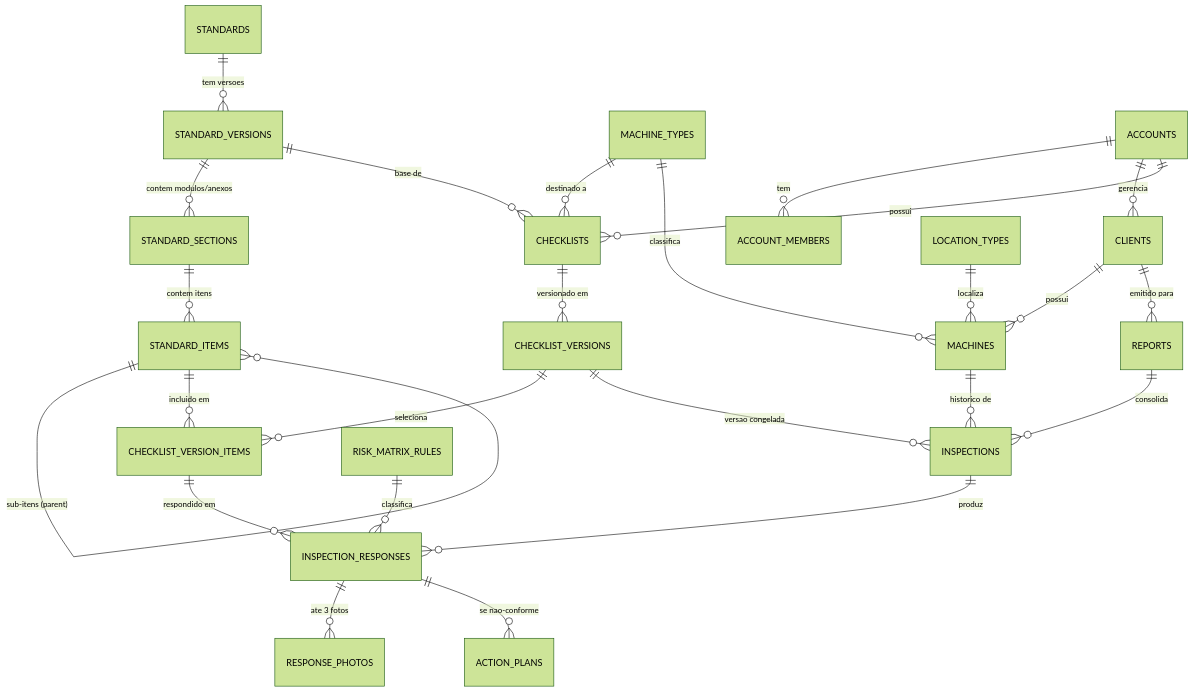
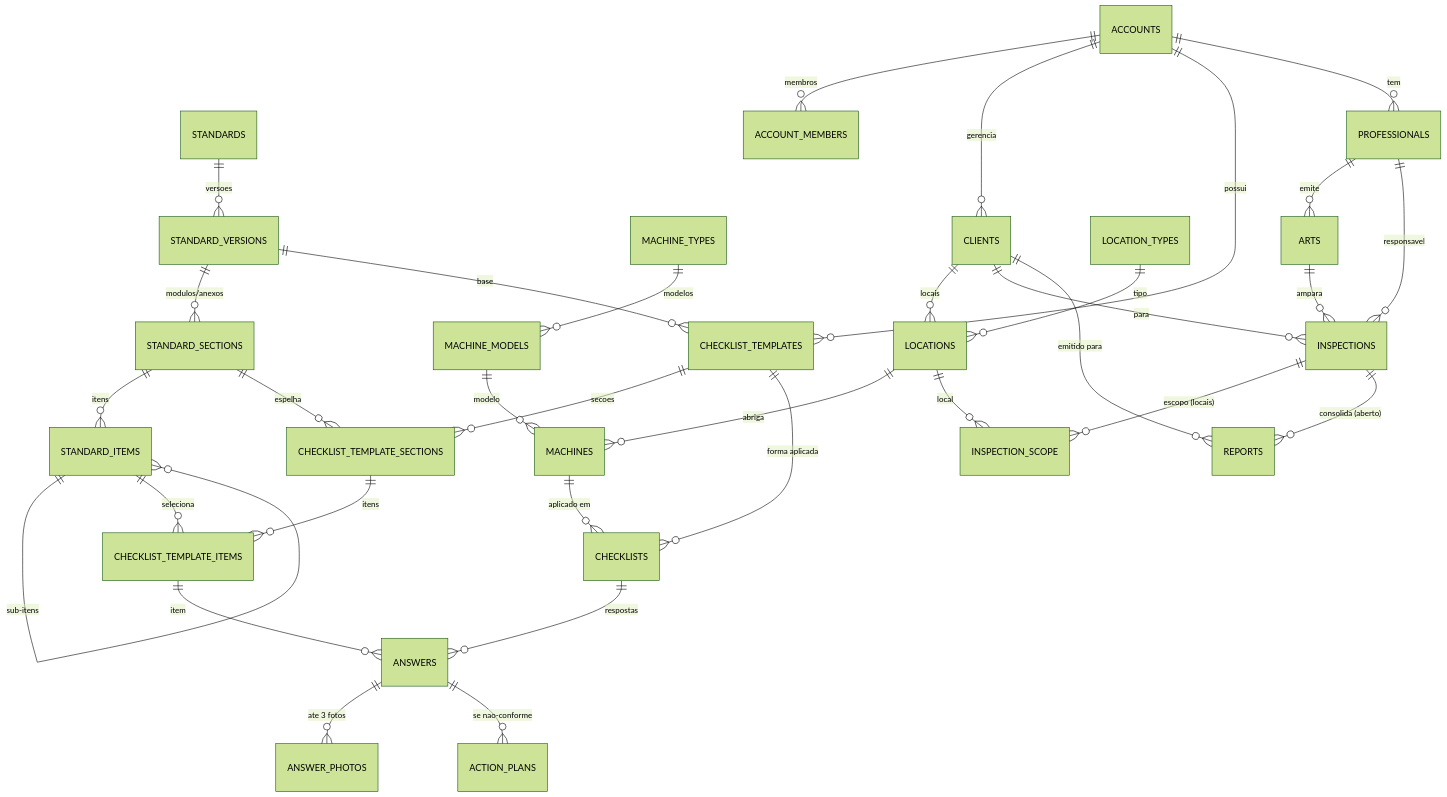
The diagram in docs/database/02-data-model.md (Salgadosandro/nr12-saas), drawn with Mermaid (forest theme) before and after one commit. The commit also changed other lines of this file and 8 other files, not shown here.

First line of the commit message:
Sync all docs to the base v1 schema

````diff
--- a/docs/database/02-data-model.md
+++ b/docs/database/02-data-model.md
@@ -74,31 +32,40 @@
 ```mermaid
 erDiagram
-    STANDARDS ||--o{ STANDARD_VERSIONS : "tem versoes"
-    STANDARD_VERSIONS ||--o{ STANDARD_SECTIONS : "contem modulos/anexos"
-    STANDARD_SECTIONS ||--o{ STANDARD_ITEMS : "contem itens"
-    STANDARD_ITEMS ||--o{ STANDARD_ITEMS : "sub-itens (parent)"
+    STANDARDS ||--o{ STANDARD_VERSIONS : "versoes"
+    STANDARD_VERSIONS ||--o{ STANDARD_SECTIONS : "modulos/anexos"
+    STANDARD_SECTIONS ||--o{ STANDARD_ITEMS : "itens"
+    STANDARD_ITEMS ||--o{ STANDARD_ITEMS : "sub-itens"
 
-    STANDARD_VERSIONS ||--o{ CHECKLISTS : "base de"
-    CHECKLISTS ||--o{ CHECKLIST_VERSIONS : "versionado em"
-    CHECKLIST_VERSIONS ||--o{ CHECKLIST_VERSION_ITEMS : "seleciona"
-    STANDARD_ITEMS ||--o{ CHECKLIST_VERSION_ITEMS : "incluido em"
-    MACHINE_TYPES ||--o{ CHECKLISTS : "destinado a"
+    MACHINE_TYPES ||--o{ MACHINE_MODELS : "modelos"
 
-    ACCOUNTS ||--o{ ACCOUNT_MEMBERS : "tem"
+    CHECKLIST_TEMPLATES ||--o{ CHECKLIST_TEMPLATE_SECTIONS : "secoes"
+    CHECKLIST_TEMPLATE_SECTIONS ||--o{ CHECKLIST_TEMPLATE_ITEMS : "itens"
+    STANDARD_VERSIONS ||--o{ CHECKLIST_TEMPLATES : "base"
+    STANDARD_SECTIONS ||--o{ CHECKLIST_TEMPLATE_SECTIONS : "espelha"
+    STANDARD_ITEMS ||--o{ CHECKLIST_TEMPLATE_ITEMS : "seleciona"
+
+    ACCOUNTS ||--o{ ACCOUNT_MEMBERS : "membros"
     ACCOUNTS ||--o{ CLIENTS : "gerencia"
-    ACCOUNTS ||--o{ CHECKLISTS : "possui"
-    CLIENTS ||--o{ MACHINES : "possui"
-    MACHINE_TYPES ||--o{ MACHINES : "classifica"
-    LOCATION_TYPES ||--o{ MACHINES : "localiza"
+    ACCOUNTS ||--o{ CHECKLIST_TEMPLATES : "possui"
+    ACCOUNTS ||--o{ PROFESSIONALS : "tem"
+    CLIENTS ||--o{ LOCATIONS : "locais"
+    LOCATION_TYPES ||--o{ LOCATIONS : "tipo"
+    LOCATIONS ||--o{ MACHINES : "abriga"
+    MACHINE_MODELS ||--o{ MACHINES : "modelo"
+    PROFESSIONALS ||--o{ ARTS : "emite"
 
-    MACHINES ||--o{ INSPECTIONS : "historico de"
-    CHECKLIST_VERSIONS ||--o{ INSPECTIONS : "versao congelada"
-    REPORTS ||--o{ INSPECTIONS : "consolida"
+    CLIENTS ||--o{ INSPECTIONS : "para"
+    PROFESSIONALS ||--o{ INSPECTIONS : "responsavel"
+    ARTS ||--o{ INSPECTIONS : "ampara"
+    INSPECTIONS ||--o{ INSPECTION_SCOPE : "escopo (locais)"
+    LOCATIONS ||--o{ INSPECTION_SCOPE : "local"
+
+    MACHINES ||--o{ CHECKLISTS : "aplicado em"
+    CHECKLIST_TEMPLATES ||--o{ CHECKLISTS : "forma aplicada"
+    CHECKLISTS ||--o{ ANSWERS : "respostas"
+    CHECKLIST_TEMPLATE_ITEMS ||--o{ ANSWERS : "item"
+    ANSWERS ||--o{ ANSWER_PHOTOS : "ate 3 fotos"
+    ANSWERS ||--o{ ACTION_PLANS : "se nao-conforme"
     CLIENTS ||--o{ REPORTS : "emitido para"
-
-    INSPECTIONS ||--o{ INSPECTION_RESPONSES : "produz"
-    CHECKLIST_VERSION_ITEMS ||--o{ INSPECTION_RESPONSES : "respondido em"
-    INSPECTION_RESPONSES ||--o{ RESPONSE_PHOTOS : "ate 3 fotos"
-    INSPECTION_RESPONSES ||--o{ ACTION_PLANS : "se nao-conforme"
-    RISK_MATRIX_RULES ||--o{ INSPECTION_RESPONSES : "classifica"
+    INSPECTIONS ||--o{ REPORTS : "consolida (aberto)"
 ```
````
